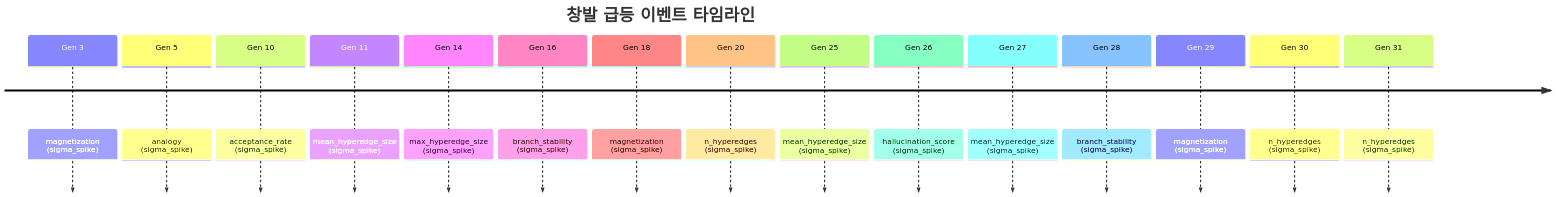
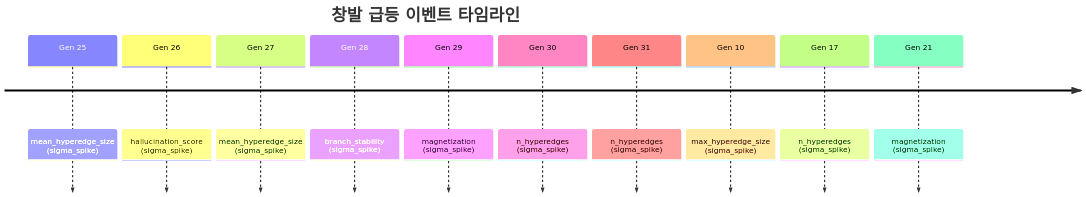
The second of 2 diagrams in README.md (need-singularity/test-1), drawn with Mermaid before and after one commit. The commit also changed other lines of this file, not shown here.

````diff
--- a/README.md
+++ b/README.md
@@ -117,19 +117,14 @@
 ```mermaid
 timeline
     title 창발 급등 이벤트 타임라인
-    Gen 3 : magnetization (sigma_spike)
-    Gen 5 : analogy (sigma_spike)
-    Gen 10 : acceptance_rate (sigma_spike)
-    Gen 11 : mean_hyperedge_size (sigma_spike)
-    Gen 14 : max_hyperedge_size (sigma_spike)
-    Gen 16 : branch_stability (sigma_spike)
-    Gen 18 : magnetization (sigma_spike)
-    Gen 20 : n_hyperedges (sigma_spike)
     Gen 25 : mean_hyperedge_size (sigma_spike)
     Gen 26 : hallucination_score (sigma_spike)
     Gen 27 : mean_hyperedge_size (sigma_spike)
     Gen 28 : branch_stability (sigma_spike)
     Gen 29 : magnetization (sigma_spike)
     Gen 30 : n_hyperedges (sigma_spike)
     Gen 31 : n_hyperedges (sigma_spike)
+    Gen 10 : max_hyperedge_size (sigma_spike)
+    Gen 17 : n_hyperedges (sigma_spike)
+    Gen 21 : magnetization (sigma_spike)
 ```
````
